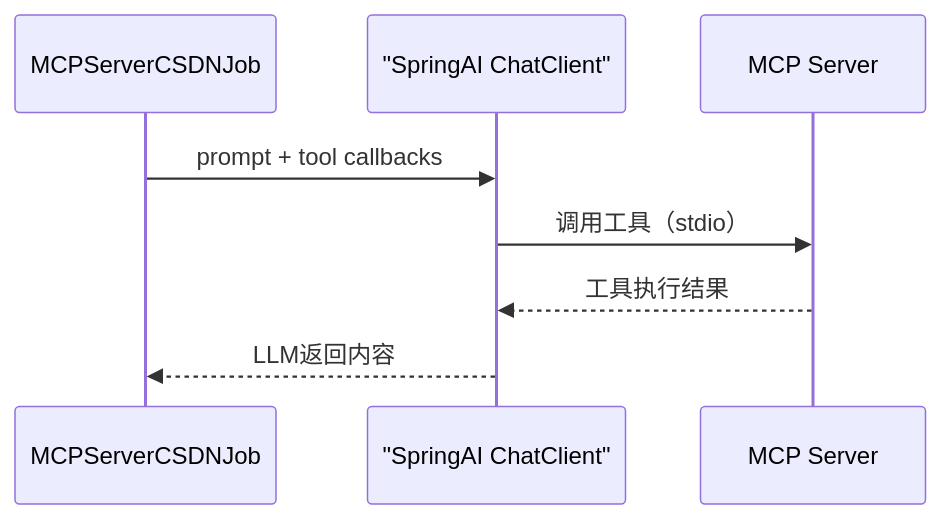
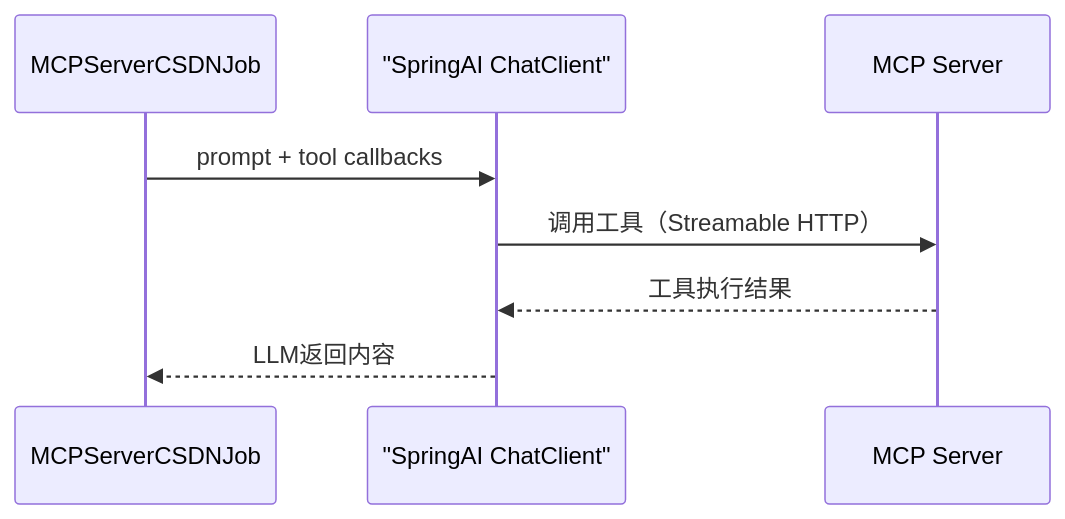
One commit to small-xiexu/ai-mcp-knowledge-study changed the sixth of 6 diagrams in .codex/入门文档.md. Above: the diagram before and after it, drawn with Mermaid. The commit also changed other lines of this file and 62 other files, not shown here.

````diff
--- a/.codex/入门文档.md
+++ b/.codex/入门文档.md
@@ -529,10 +529,10 @@
 ```mermaid
 sequenceDiagram
   participant Job as MCPServerCSDNJob
   participant Chat as "SpringAI ChatClient"
   participant MCP as MCP Server
   Job->>Chat: prompt + tool callbacks
-  Chat->>MCP: 调用工具（stdio）
+  Chat->>MCP: 调用工具（Streamable HTTP）
   MCP-->>Chat: 工具执行结果
   Chat-->>Job: LLM返回内容
 ```
````
